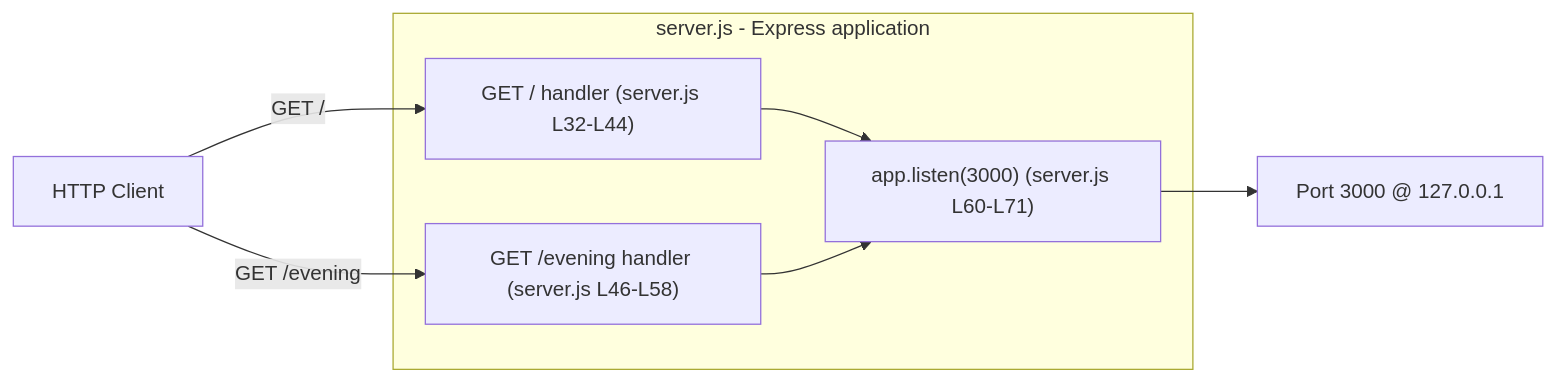
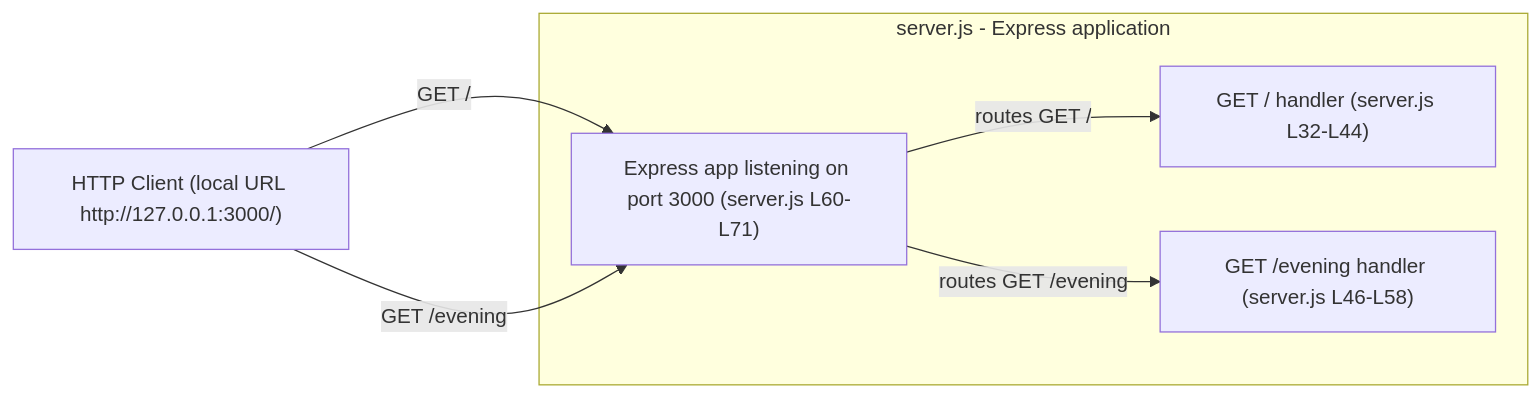
Before and after one commit to Sandeep01Kumar/existing-projects-qa-test-08-dec: the first of 2 diagrams in README.md, drawn with Mermaid. The commit also changed other lines of this file, not shown here.

````diff
--- a/README.md
+++ b/README.md
@@ -41,10 +41,13 @@
 ```mermaid
 graph LR
-    Client[HTTP Client] -->|GET /| Root["GET / handler (server.js L32-L44)"]
-    Client -->|GET /evening| Evening["GET /evening handler (server.js L46-L58)"]
+    Client["HTTP Client (local URL http://127.0.0.1:3000/)"]
     subgraph app["server.js - Express application"]
-        Root --> Listener["app.listen(3000) (server.js L60-L71)"]
-        Evening --> Listener
+        Listener["Express app listening on port 3000 (server.js L60-L71)"]
+        Root["GET / handler (server.js L32-L44)"]
+        Evening["GET /evening handler (server.js L46-L58)"]
+        Listener -->|routes GET /| Root
+        Listener -->|routes GET /evening| Evening
     end
-    Listener --> Port["Port 3000 @ 127.0.0.1"]
+    Client -->|GET /| Listener
+    Client -->|GET /evening| Listener
 ```
````
